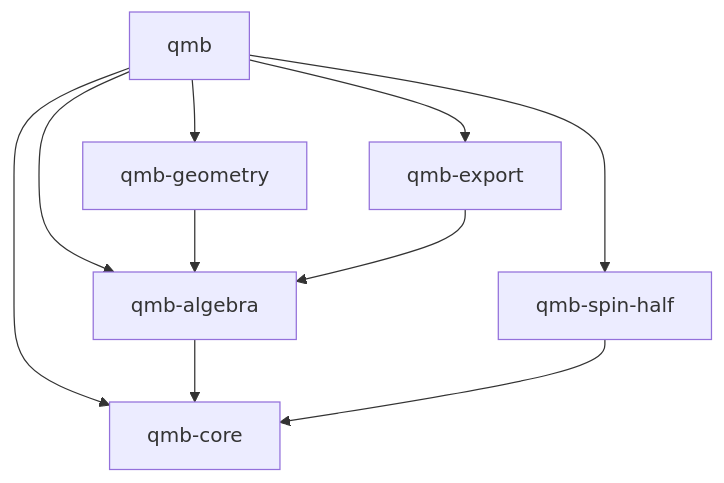
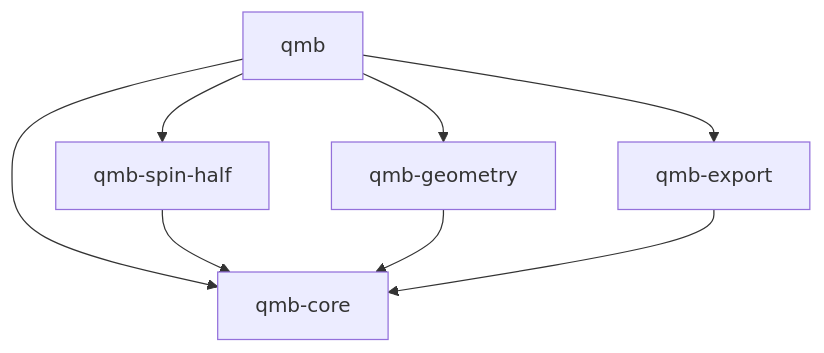
Before and after one commit to nattyo1226/qmb-rs: the diagram in docs/implementation-plan.md, drawn with Mermaid. The commit also changed other lines of this file and 12 other files, not shown here.

````diff
--- a/docs/implementation-plan.md
+++ b/docs/implementation-plan.md
@@ -28,12 +27,10 @@
 ```mermaid
 graph TD
     Q[qmb] --> C[qmb-core]
-    Q --> A[qmb-algebra]
     Q --> S[qmb-spin-half]
     Q --> G[qmb-geometry]
     Q --> E[qmb-export]
-    A --> C
     S --> C
-    G --> A
-    E --> A
+    G --> C
+    E --> C
 ```
````
